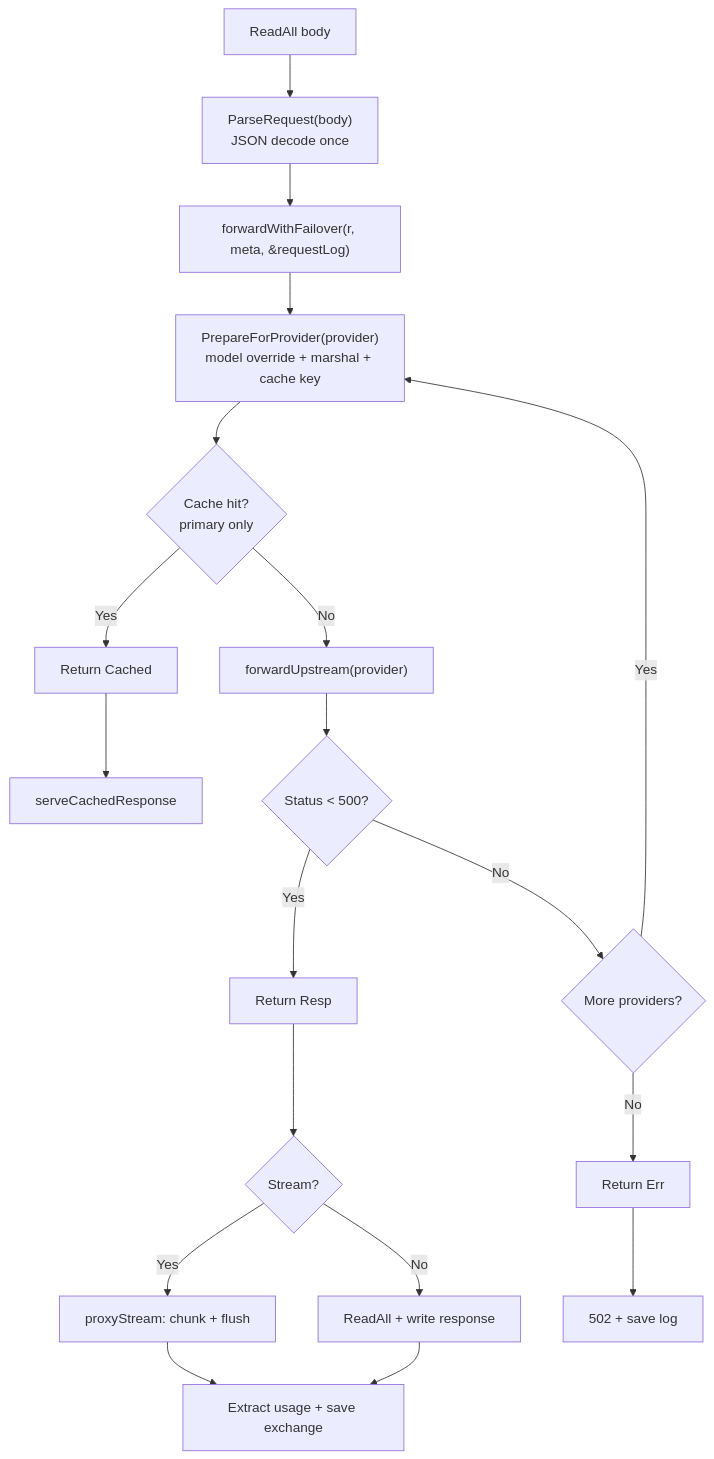
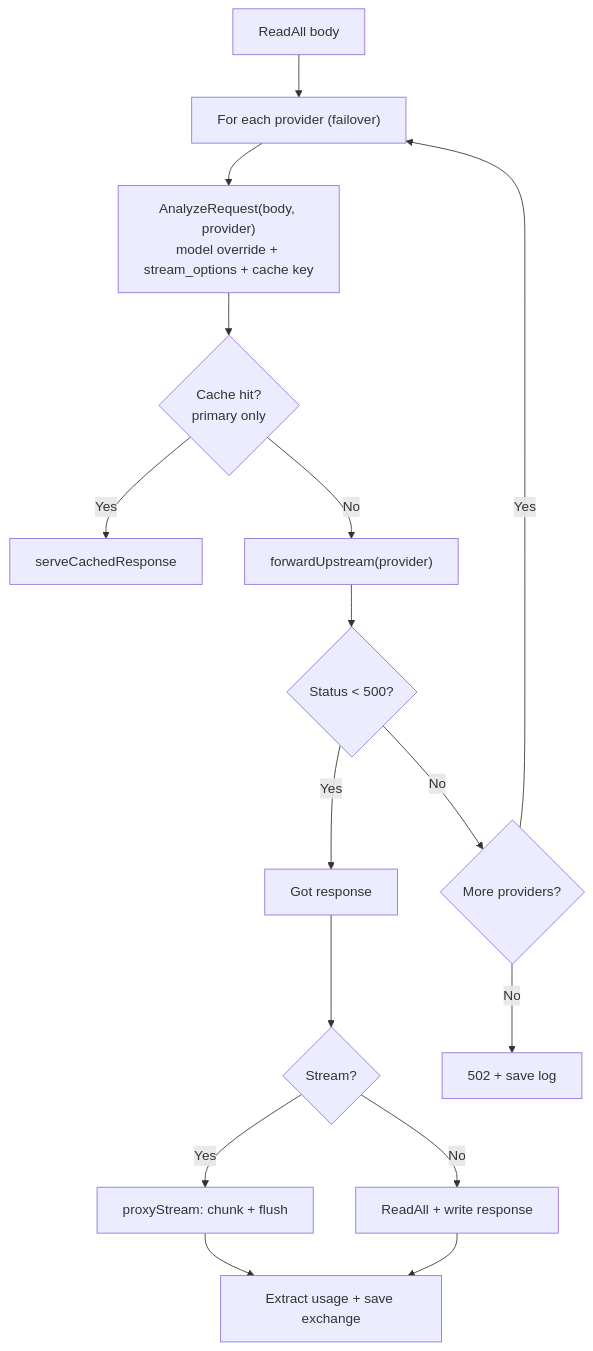
The second of 2 diagrams in docs/proxy-flow.md (jiacai2050/ai-menshen), drawn with Mermaid before and after one commit. The commit also changed other lines of this file, not shown here.

````diff
--- a/docs/proxy-flow.md
+++ b/docs/proxy-flow.md
@@ -19,23 +19,20 @@
 ```mermaid
 flowchart TD
-    AUDIT[ReadAll body] --> PARSE["ParseRequest(body)<br/>JSON decode once"]
-    PARSE --> FWD["forwardWithFailover(r, meta, &requestLog)"]
+    AUDIT[ReadAll body] --> LOOP["For each provider (failover)"]
 
-    FWD --> PREP["PrepareForProvider(provider)<br/>model override + marshal + cache key"]
-    PREP --> CACHE{Cache hit?<br/>primary only}
-    CACHE -->|Yes| CACHED[Return Cached]
+    LOOP --> ANALYZE["AnalyzeRequest(body, provider)<br/>model override + stream_options + cache key"]
+    ANALYZE --> CACHE{Cache hit?<br/>primary only}
+    CACHE -->|Yes| R1[serveCachedResponse]
     CACHE -->|No| UPSTREAM["forwardUpstream(provider)"]
     UPSTREAM --> OK{Status < 500?}
-    OK -->|Yes| RESP[Return Resp]
+    OK -->|Yes| RESP[Got response]
     OK -->|No| NEXT{More providers?}
-    NEXT -->|Yes| PREP
-    NEXT -->|No| ERR[Return Err]
+    NEXT -->|Yes| LOOP
+    NEXT -->|No| R2[502 + save log]
 
-    CACHED --> R1[serveCachedResponse]
-    ERR --> R2[502 + save log]
     RESP --> STREAM{Stream?}
     STREAM -->|Yes| R3[proxyStream: chunk + flush]
     STREAM -->|No| R4[ReadAll + write response]
     R3 --> SAVE[Extract usage + save exchange]
     R4 --> SAVE
 ```
````
